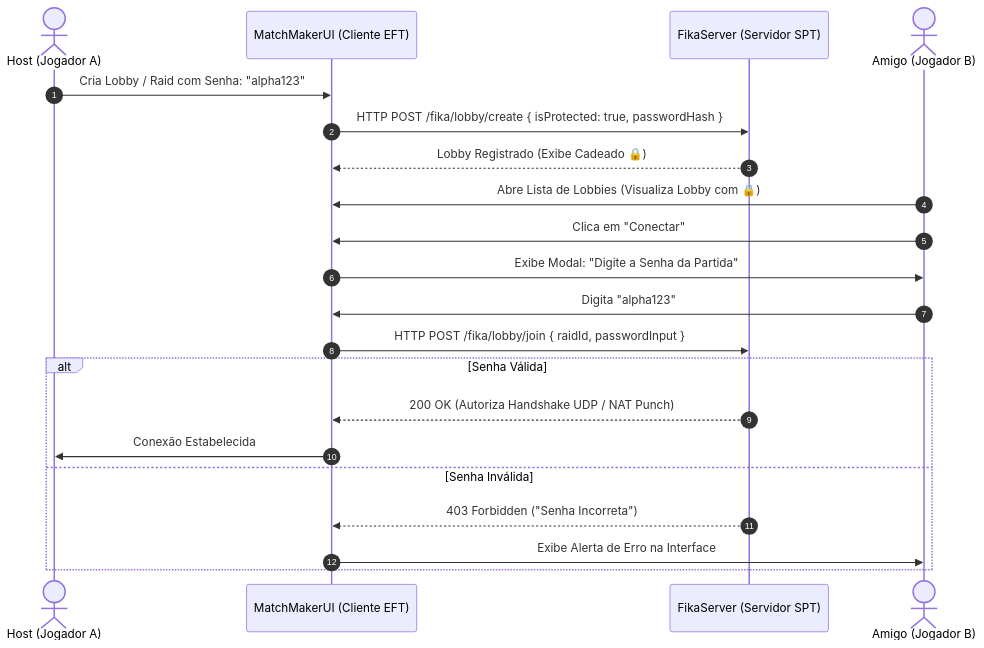
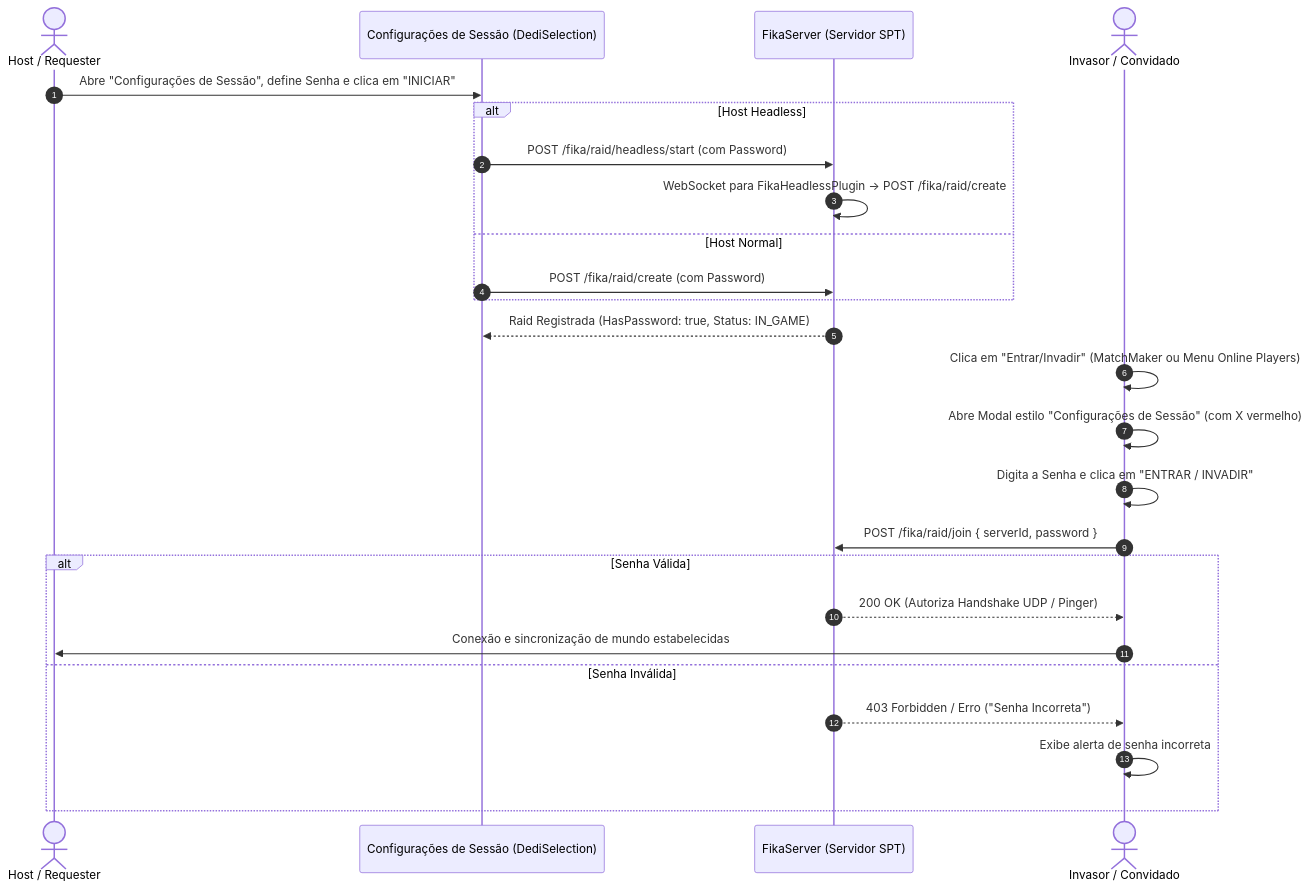
One commit to guilhermebvdm/tarkov-spt-4.0 changed the third of 3 diagrams in mods/FIKA/docs/ROADMAP.md. Above: the diagram before and after it, drawn with Mermaid. The commit also changed other lines of this file and 1243 other files, not shown here.

````diff
--- a/mods/FIKA/docs/ROADMAP.md
+++ b/mods/FIKA/docs/ROADMAP.md
@@ -106,26 +118,30 @@
 ```mermaid
 sequenceDiagram
     autonumber
-    actor Host as Host (Jogador A)
-    participant Menu as MatchMakerUI (Cliente EFT)
+    actor Host as Host / Requester
+    participant Menu as Configurações de Sessão (DediSelection)
     participant Server as FikaServer (Servidor SPT)
-    actor Client as Amigo (Jogador B)
+    actor Client as Invasor / Convidado
 
-    Host->>Menu: Cria Lobby / Raid com Senha: "alpha123"
-    Menu->>Server: HTTP POST /fika/lobby/create { isProtected: true, passwordHash }
-    Server-->>Menu: Lobby Registrado (Exibe Cadeado 🔒)
+    Host->>Menu: Abre "Configurações de Sessão", define Senha e clica em "INICIAR"
+    alt Host Headless
+        Menu->>Server: POST /fika/raid/headless/start (com Password)
+        Server->>Server: WebSocket para FikaHeadlessPlugin -> POST /fika/raid/create
+    else Host Normal
+        Menu->>Server: POST /fika/raid/create (com Password)
+    end
+    Server-->>Menu: Raid Registrada (HasPassword: true, Status: IN_GAME)
 
-    Client->>Menu: Abre Lista de Lobbies (Visualiza Lobby com 🔒)
-    Client->>Menu: Clica em "Conectar"
-    Menu->>Client: Exibe Modal: "Digite a Senha da Partida"
-    Client->>Menu: Digita "alpha123"
-    Menu->>Server: HTTP POST /fika/lobby/join { raidId, passwordInput }
+    Client->>Client: Clica em "Entrar/Invadir" (MatchMaker ou Menu Online Players)
+    Client->>Client: Abre Modal estilo "Configurações de Sessão" (com X vermelho)
+    Client->>Client: Digita a Senha e clica em "ENTRAR / INVADIR"
+    Client->>Server: POST /fika/raid/join { serverId, password }
 
     alt Senha Válida
-        Server-->>Menu: 200 OK (Autoriza Handshake UDP / NAT Punch)
-        Menu->>Host: Conexão Estabelecida
+        Server-->>Client: 200 OK (Autoriza Handshake UDP / Pinger)
+        Client->>Host: Conexão e sincronização de mundo estabelecidas
     else Senha Inválida
-        Server-->>Menu: 403 Forbidden ("Senha Incorreta")
-        Menu->>Client: Exibe Alerta de Erro na Interface
+        Server-->>Client: 403 Forbidden / Erro ("Senha Incorreta")
+        Client->>Client: Exibe alerta de senha incorreta
     end
 ```
````
